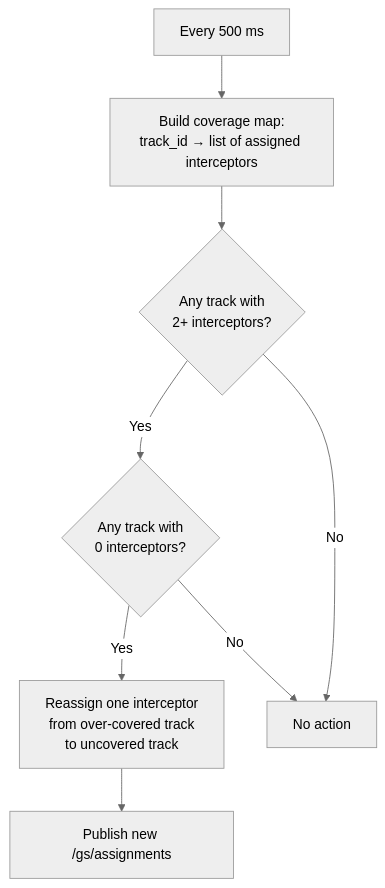
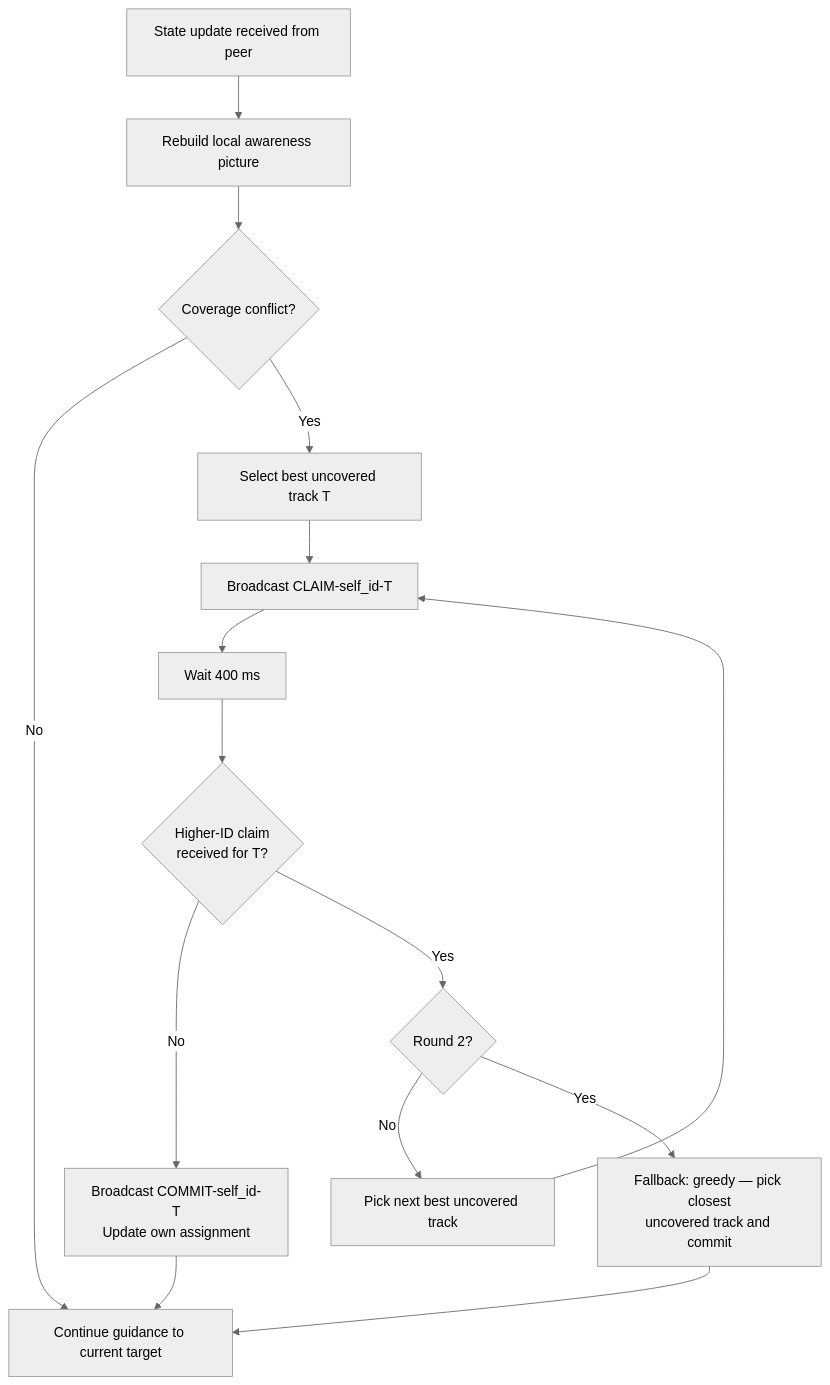
The fourth of 4 diagrams in docs/architecture.md (marcellobardus/EDTH_Paris), drawn with Mermaid (neutral theme) before and after one commit. The commit also changed other lines of this file and 1 other file, not shown here.

````diff
--- a/docs/architecture.md
+++ b/docs/architecture.md
@@ -115,10 +124,17 @@
 ```mermaid
 flowchart TD
-    A[Every 500 ms] --> B[Build coverage map:\ntrack_id → list of assigned interceptors]
-    B --> C{Any track with\n2+ interceptors?}
-    C -- Yes --> D{Any track with\n0 interceptors?}
-    D -- Yes --> E[Reassign one interceptor\nfrom over-covered track\nto uncovered track]
-    E --> F[Publish new /gs/assignments]
-    C -- No --> G[No action]
-    D -- No --> G
+    A[State update received from peer] --> B[Rebuild local awareness picture]
+    B --> C{Coverage conflict?}
+    C -- No --> Z[Continue guidance to current target]
+    C -- Yes --> D[Select best uncovered track T]
+    D --> E[Broadcast CLAIM-self_id-T]
+    E --> F[Wait 400 ms]
+    F --> G{Higher-ID claim\nreceived for T?}
+    G -- No --> H[Broadcast COMMIT-self_id-T\nUpdate own assignment]
+    G -- Yes --> I{Round 2?}
+    I -- No --> D2[Pick next best uncovered track]
+    D2 --> E
+    I -- Yes --> J[Fallback: greedy — pick closest\nuncovered track and commit]
+    H --> Z
+    J --> Z
 ```
````
